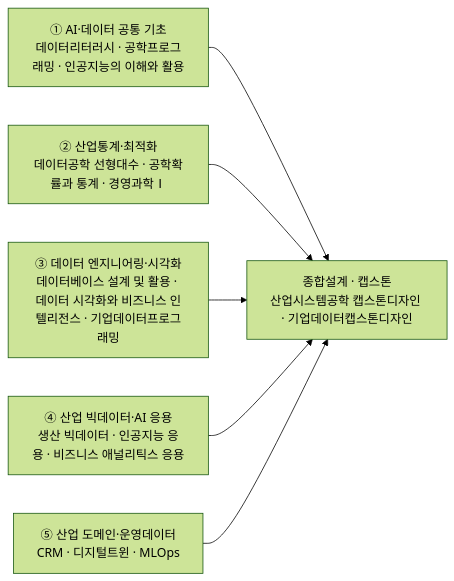
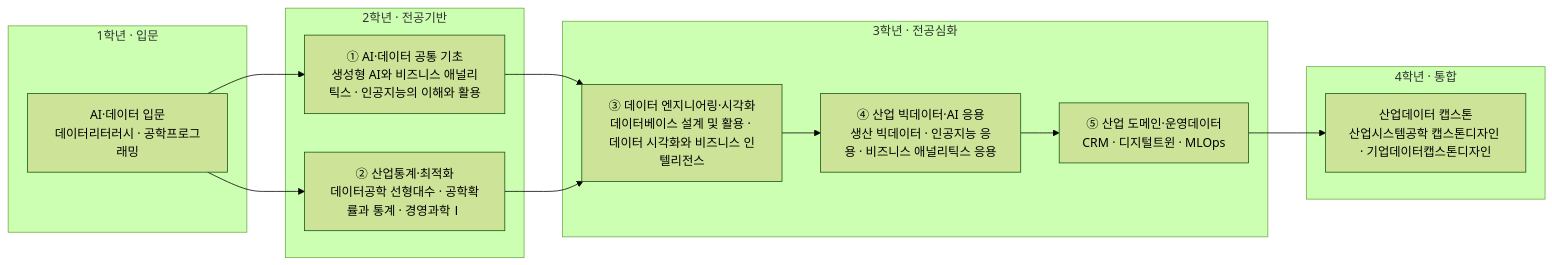
One commit to parclab-hsu/ai-curriculum-2026 changed the diagram in docs/it/applied-industrial-data.md. Above: the diagram before and after it, drawn with Mermaid (forest theme). The commit also changed other lines of this file and 22 other files, not shown here.

First line of the commit message:
모듈 다이어그램 강화 — 1~4학년 로드맵 + 모듈-역량 매핑 (23개 트랙)

````diff
--- a/docs/it/applied-industrial-data.md
+++ b/docs/it/applied-industrial-data.md
@@ -127,9 +127,25 @@
 ```mermaid
 flowchart LR
-  M1["① AI·데이터 공통 기초<br/>데이터리터러시 · 공학프로그래밍 · 인공지능의 이해와 활용"] --> CAP
-  M2["② 산업통계·최적화<br/>데이터공학 선형대수 · 공학확률과 통계 · 경영과학Ⅰ"] --> CAP
-  M3["③ 데이터 엔지니어링·시각화<br/>데이터베이스 설계 및 활용 · 데이터 시각화와 비즈니스 인텔리전스 · 기업데이터프로그래밍"] --> CAP
-  M4["④ 산업 빅데이터·AI 응용<br/>생산 빅데이터 · 인공지능 응용 · 비즈니스 애널리틱스 응용"] --> CAP
-  M5["⑤ 산업 도메인·운영데이터<br/>CRM · 디지털트윈 · MLOps"] --> CAP
-  CAP["종합설계 · 캡스톤<br/>산업시스템공학 캡스톤디자인 · 기업데이터캡스톤디자인"]
+  subgraph Y1["1학년 · 입문"]
+    A0["AI·데이터 입문<br/>데이터리터러시 · 공학프로그래밍"]
+  end
+  subgraph Y2["2학년 · 전공기반"]
+    M1["① AI·데이터 공통 기초<br/>생성형 AI와 비즈니스 애널리틱스 · 인공지능의 이해와 활용"]
+    M2["② 산업통계·최적화<br/>데이터공학 선형대수 · 공학확률과 통계 · 경영과학Ⅰ"]
+  end
+  subgraph Y3["3학년 · 전공심화"]
+    M3["③ 데이터 엔지니어링·시각화<br/>데이터베이스 설계 및 활용 · 데이터 시각화와 비즈니스 인텔리전스"]
+    M4["④ 산업 빅데이터·AI 응용<br/>생산 빅데이터 · 인공지능 응용 · 비즈니스 애널리틱스 응용"]
+    M5["⑤ 산업 도메인·운영데이터<br/>CRM · 디지털트윈 · MLOps"]
+  end
+  subgraph Y4["4학년 · 통합"]
+    CAP["산업데이터 캡스톤<br/>산업시스템공학 캡스톤디자인 · 기업데이터캡스톤디자인"]
+  end
+  A0 --> M1
+  A0 --> M2
+  M1 --> M3
+  M2 --> M3
+  M3 --> M4
+  M4 --> M5
+  M5 --> CAP
 ```
````
